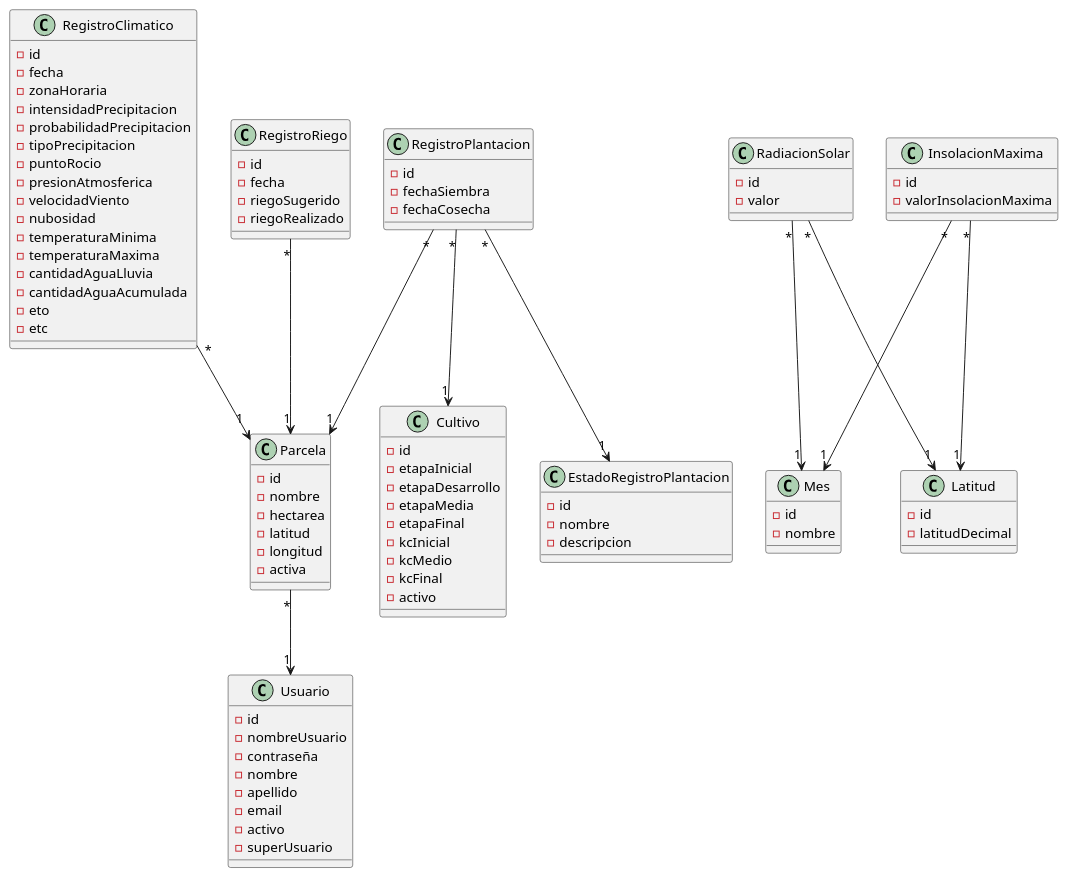
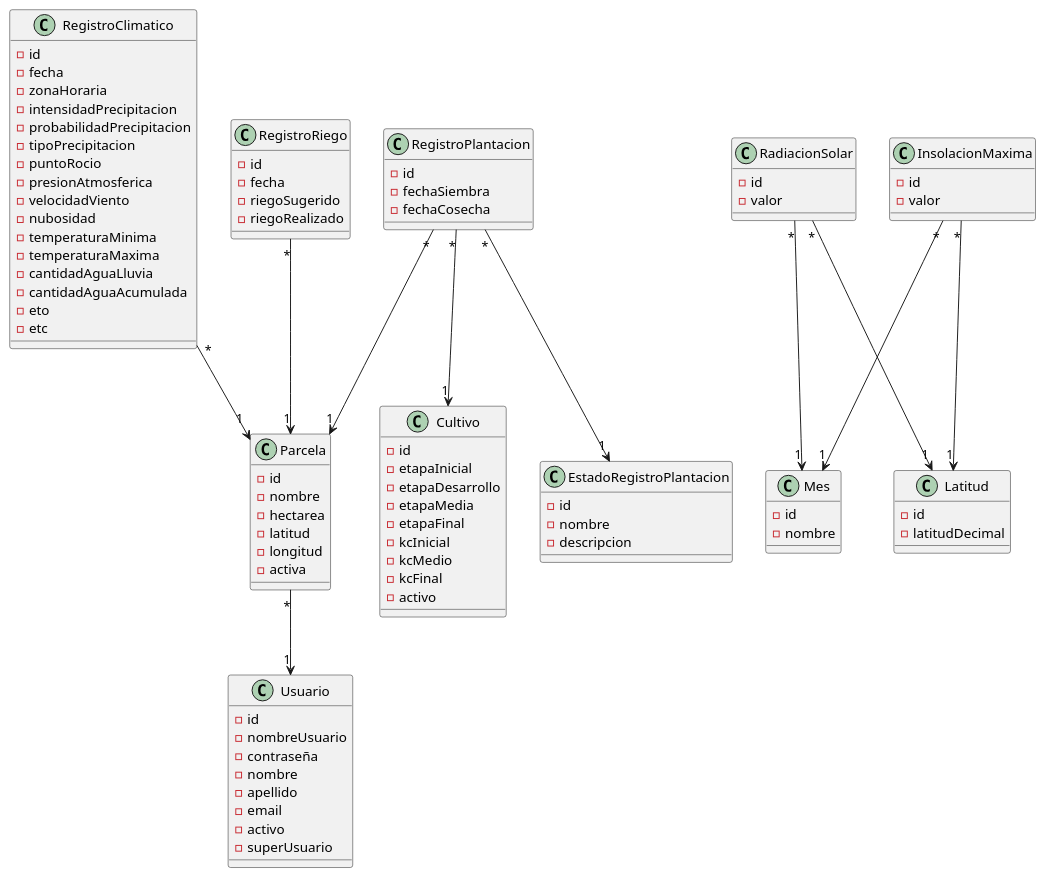
Before and after one commit to facundopaez-dev/sistema-web-riego: the diagram in domain model/Modelo de dominio.pu, drawn with PlantUML. The commit also changed 1 other file, not shown here.

Commit message:
Atributo 'valorInsolacionMaxima' de la entidad InsolacionMaxima reemplazado por el atributo 'valor', modelo de dominio

```diff
--- a/domain model/Modelo de dominio.pu
+++ b/domain model/Modelo de dominio.pu
@@ -1,104 +1,104 @@
 @startuml
 
 Parcela "*"-->"1" Usuario
 RegistroClimatico "*"-->"1" Parcela
 RegistroRiego "*"-->"1" Parcela
 RegistroPlantacion "*"-->"1" Parcela
 RegistroPlantacion "*"-->"1" Cultivo
 RegistroPlantacion "*"-->"1" EstadoRegistroPlantacion
 RadiacionSolar "*"-->"1" Mes
 RadiacionSolar "*"-->"1" Latitud
 InsolacionMaxima "*"-->"1" Mes
 InsolacionMaxima "*"-->"1" Latitud
 
 class Parcela {
 -id
 -nombre
 -hectarea
 -latitud
 -longitud
 -activa
 }
 
 class Cultivo {
 -id
 -etapaInicial
 -etapaDesarrollo
 -etapaMedia
 -etapaFinal
 -kcInicial
 -kcMedio
 -kcFinal
 -activo
 }
 
 class RegistroClimatico {
 -id
 -fecha
 -zonaHoraria
 -intensidadPrecipitacion
 -probabilidadPrecipitacion
 -tipoPrecipitacion
 -puntoRocio
 -presionAtmosferica
 -velocidadViento
 -nubosidad
 -temperaturaMinima
 -temperaturaMaxima
 -cantidadAguaLluvia
 -cantidadAguaAcumulada
 -eto
 -etc
 }
 
 class RegistroPlantacion {
 -id
 -fechaSiembra
 -fechaCosecha
 }
 
 class RegistroRiego {
 -id
 -fecha
 -riegoSugerido
 -riegoRealizado
 }
 
 class Usuario {
 -id
 -nombreUsuario
 -contraseña
 -nombre
 -apellido
 -email
 -activo
 -superUsuario
 }
 
 class EstadoRegistroPlantacion {
 -id
 -nombre
 -descripcion
 }
 
 class Mes {
 -id
 -nombre
 }
 
 class Latitud {
 -id
 -latitudDecimal
 }
 
 class RadiacionSolar {
 -id
 -valor
 }
 
 class InsolacionMaxima {
 -id
--valorInsolacionMaxima
+-valor
 }
 
 @enduml
```
